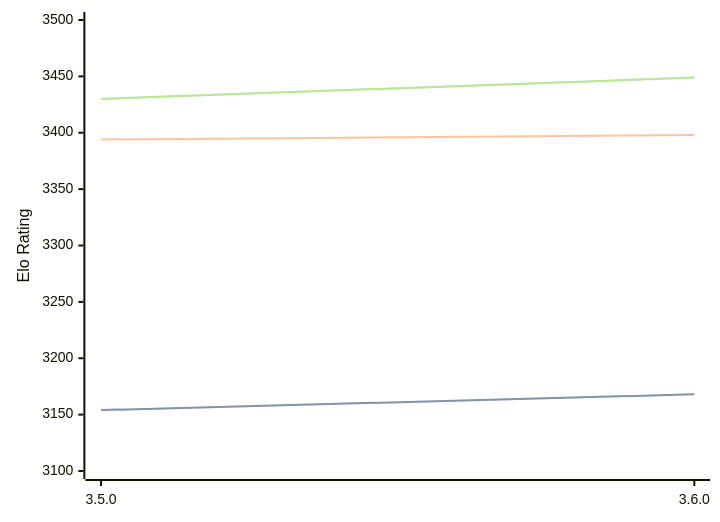
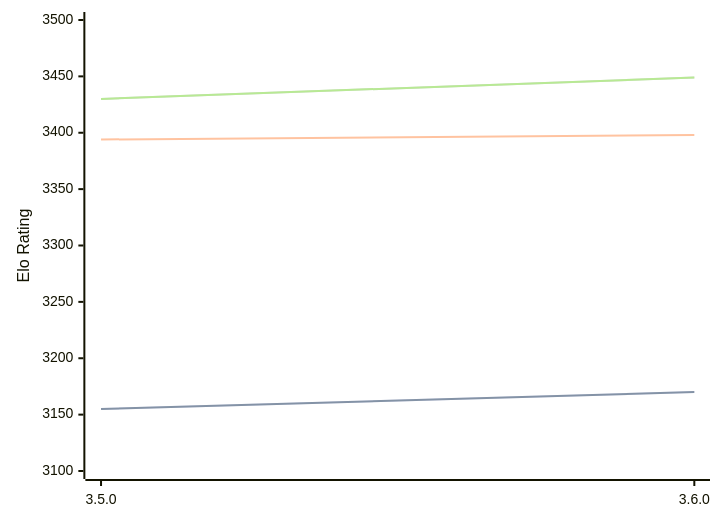
The diagram in engines/Igel.md (computer-chess-index/cci), drawn with Mermaid before and after one commit. The commit also changed other lines of this file, not shown here.

````diff
--- a/engines/Igel.md
+++ b/engines/Igel.md
@@ -32,11 +32,11 @@
 ```mermaid
 %%{init: {"theme":"base","themeVariables":{"seriesColors:['#a3a3a3','#222221','#faa371']}}}%%
 xychart-beta
   x-axis ["3.5.0", "3.6.0"]
   y-axis "Elo Rating" 3100 --> 3500
-  line "STC (8.0+0.08s)" [3154, 3168]
-  line "STC (8.0+0.08s)" [3154, 3168]
+  line "STC (8.0+0.08s)" [3155, 3170]
+  line "STC (8.0+0.08s)" [3155, 3170]
   line "LTC (60.0+0.60s)" [3394, 3398]
   line "VLTC (2m24s+1.12s)" [3430, 3449]
   line "VLTC (2m24s+1.12s)" [3430, 3449]
 ```
````
